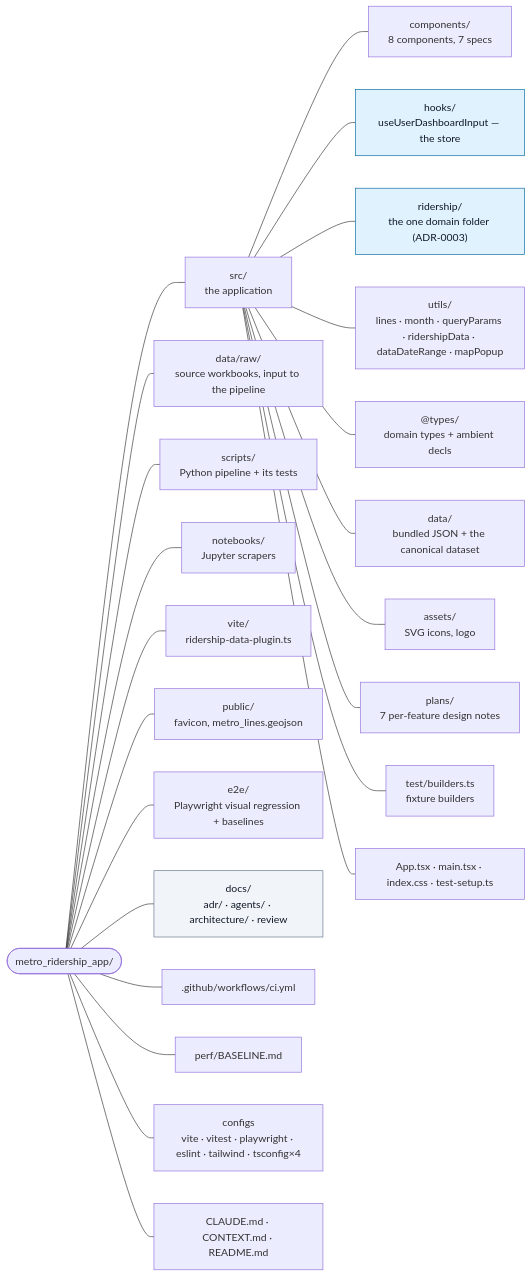
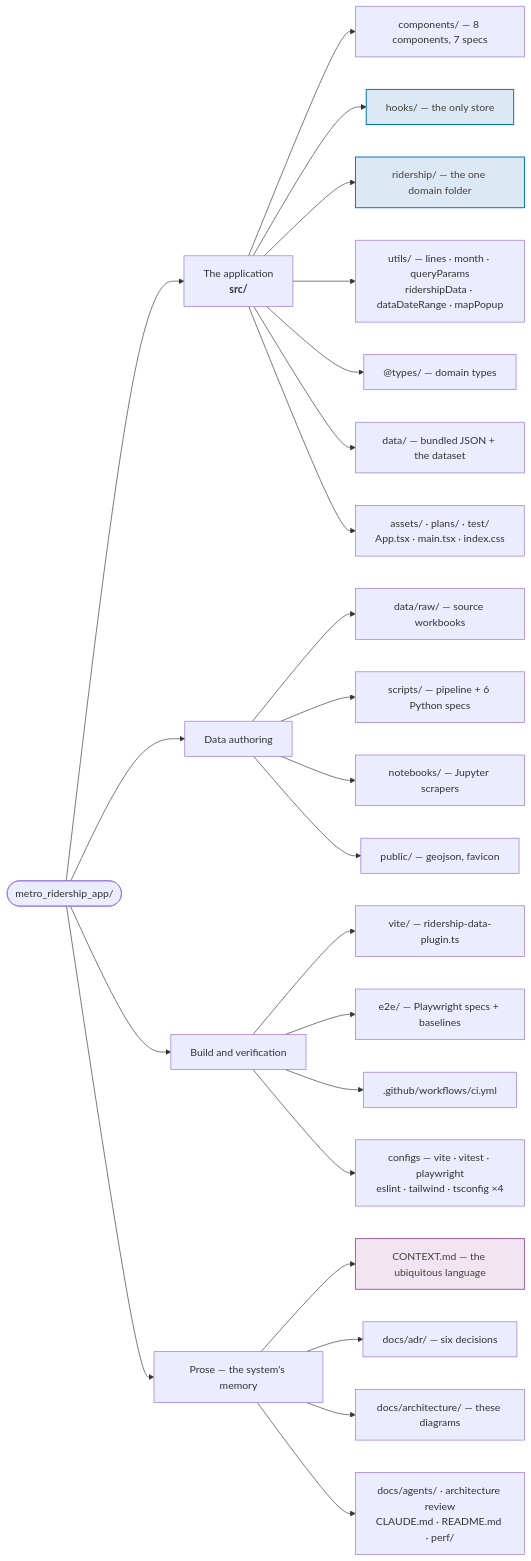
The second of 21 diagrams in docs/architecture/diagrams.md (streetsforall/metro_ridership_app), drawn with Mermaid before and after one commit. The commit also changed other lines of this file and 38 other files, not shown here.

First line of the commit message:
docs: redraw the diagrams in the app's palette, and unstick CLAUDE.md

````diff
--- a/docs/architecture/diagrams.md
+++ b/docs/architecture/diagrams.md
@@ -135,33 +135,42 @@
 ```mermaid
 flowchart LR
   root(["metro_ridership_app/"])
 
-  root --- srcN["src/<br/>the application"]
-  root --- dataN["data/raw/<br/>source workbooks, input to the pipeline"]
-  root --- scriptsN["scripts/<br/>Python pipeline + its tests"]
-  root --- nbN["notebooks/<br/>Jupyter scrapers"]
-  root --- viteN["vite/<br/>ridership-data-plugin.ts"]
-  root --- publicN["public/<br/>favicon, metro_lines.geojson"]
-  root --- e2eN["e2e/<br/>Playwright visual regression + baselines"]
-  root --- docsN["docs/<br/>adr/ · agents/ · architecture/ · review"]
-  root --- ghN[".github/workflows/ci.yml"]
-  root --- perfN["perf/BASELINE.md"]
-  root --- cfgN["configs<br/>vite · vitest · playwright · eslint · tailwind · tsconfig×4"]
-  root --- prose["CLAUDE.md · CONTEXT.md · README.md"]
+  app["The application<br/><b>src/</b>"]
+  pipeline["Data authoring"]
+  tooling["Build and verification"]
+  writing["Prose — the system's memory"]
 
-  srcN --- cmp["components/<br/>8 components, 7 specs"]
-  srcN --- hooks["hooks/<br/>useUserDashboardInput — the store"]
-  srcN --- rid["ridership/<br/>the one domain folder (ADR-0003)"]
-  srcN --- utils["utils/<br/>lines · month · queryParams · ridershipData · dataDateRange · mapPopup"]
-  srcN --- types["@types/<br/>domain types + ambient decls"]
-  srcN --- dataDir["data/<br/>bundled JSON + the canonical dataset"]
-  srcN --- assets["assets/<br/>SVG icons, logo"]
-  srcN --- plans["plans/<br/>7 per-feature design notes"]
-  srcN --- testDir["test/builders.ts<br/>fixture builders"]
-  srcN --- rootFiles["App.tsx · main.tsx · index.css · test-setup.ts"]
+  root --> app
+  root --> pipeline
+  root --> tooling
+  root --> writing
 
-  classDef domain fill:#e0f2fe,stroke:#0369a1,color:#111827
-  classDef gen fill:#f1f5f9,stroke:#64748b,color:#111827
-  class rid,hooks domain
-  class docsN gen
+  app --> cmp["components/ — 8 components, 7 specs"]
+  app --> hooks["hooks/ — the only store"]
+  app --> rid["ridership/ — the one domain folder"]
+  app --> utils["utils/ — lines · month · queryParams<br/>ridershipData · dataDateRange · mapPopup"]
+  app --> types["@types/ — domain types"]
+  app --> dataDir["data/ — bundled JSON + the dataset"]
+  app --> misc["assets/ · plans/ · test/<br/>App.tsx · main.tsx · index.css"]
+
+  pipeline --> dataN["data/raw/ — source workbooks"]
+  pipeline --> scriptsN["scripts/ — pipeline + 6 Python specs"]
+  pipeline --> nbN["notebooks/ — Jupyter scrapers"]
+  pipeline --> publicN["public/ — geojson, favicon"]
+
+  tooling --> viteN["vite/ — ridership-data-plugin.ts"]
+  tooling --> e2eN["e2e/ — Playwright specs + baselines"]
+  tooling --> ghN[".github/workflows/ci.yml"]
+  tooling --> cfgN["configs — vite · vitest · playwright<br/>eslint · tailwind · tsconfig ×4"]
+
+  writing --> ctxN["CONTEXT.md — the ubiquitous language"]
+  writing --> adrN["docs/adr/ — six decisions"]
+  writing --> archN["docs/architecture/ — these diagrams"]
+  writing --> otherN["docs/agents/ · architecture review<br/>CLAUDE.md · README.md · perf/"]
+
+  classDef structural fill:#dce9f4,stroke:#0072bc,stroke-width:1.5px,color:#44403c
+  classDef authority fill:#f0e5f1,stroke:#a05da5,stroke-width:1.5px,color:#44403c
+  class rid,hooks structural
+  class ctxN authority
 ```
````
